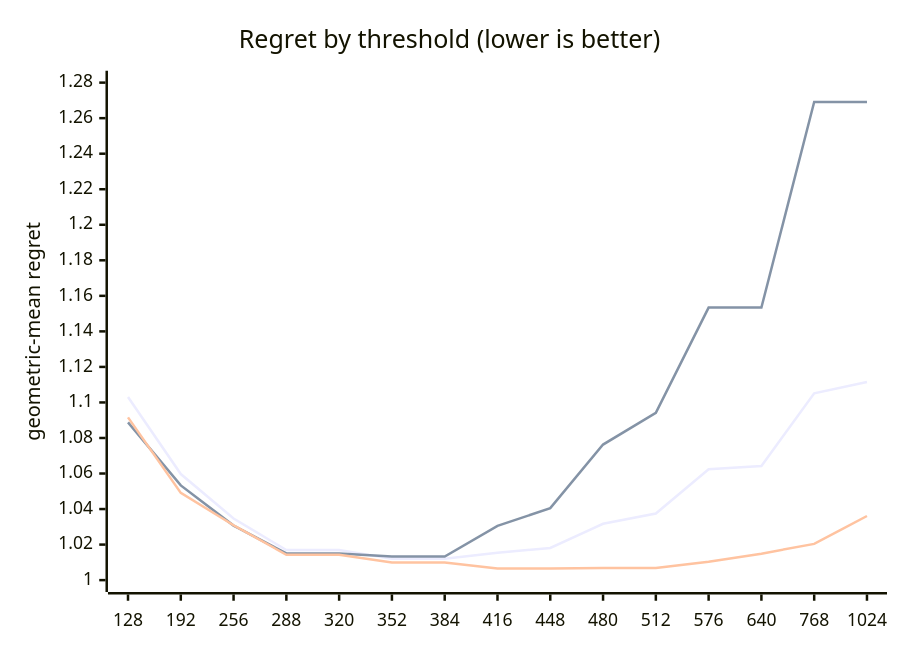
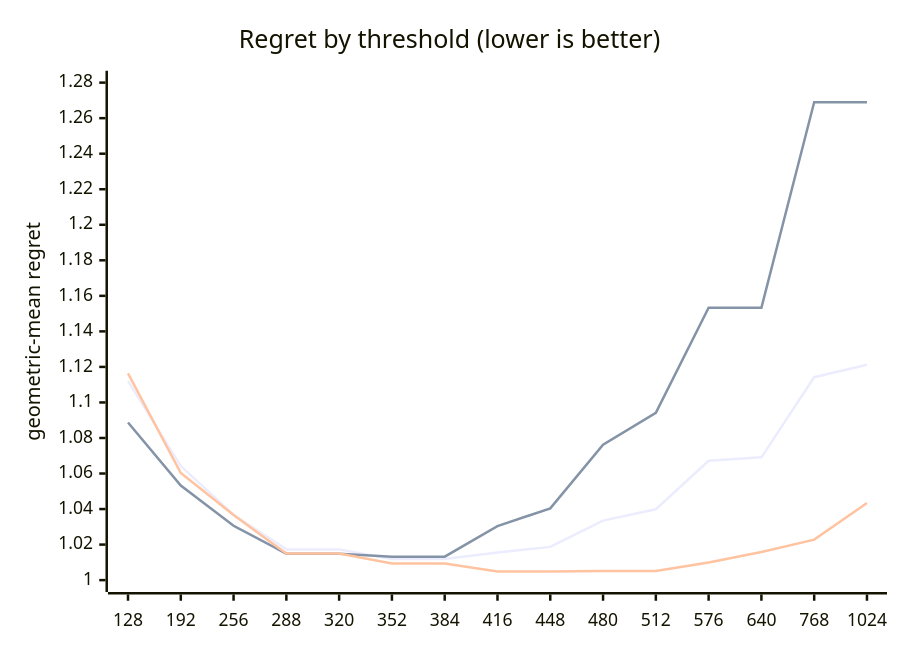
The diagram in docs/results/apple-m1-8gpu/combined/qr/report.md (c0rmac/metal-linalg), drawn with Mermaid before and after one commit. The commit also changed other lines of this file and 31 other files, not shown here.

````diff
--- a/docs/results/apple-m1-8gpu/combined/qr/report.md
+++ b/docs/results/apple-m1-8gpu/combined/qr/report.md
@@ -56,9 +60,9 @@
 ```mermaid
 xychart-beta
     title "Regret by threshold (lower is better)"
     x-axis [128, 192, 256, 288, 320, 352, 384, 416, 448, 480, 512, 576, 640, 768, 1024]
     y-axis "geometric-mean regret" 1.0 --> 1.28
-    line [1.1031, 1.0597, 1.0347, 1.0169, 1.0169, 1.0120, 1.0120, 1.0154, 1.0181, 1.0317, 1.0375, 1.0624, 1.0642, 1.1051, 1.1115]
-    line [1.0888, 1.0533, 1.0307, 1.0150, 1.0150, 1.0133, 1.0133, 1.0305, 1.0405, 1.0763, 1.0942, 1.1534, 1.1534, 1.2691, 1.2691]
-    line [1.0916, 1.0491, 1.0309, 1.0143, 1.0143, 1.0099, 1.0099, 1.0065, 1.0065, 1.0068, 1.0068, 1.0104, 1.0149, 1.0204, 1.0361]
+    line [1.1120, 1.0642, 1.0368, 1.0173, 1.0173, 1.0119, 1.0119, 1.0156, 1.0187, 1.0335, 1.0399, 1.0672, 1.0691, 1.1142, 1.1212]
+    line [1.0887, 1.0532, 1.0306, 1.0149, 1.0149, 1.0132, 1.0132, 1.0304, 1.0404, 1.0762, 1.0941, 1.1533, 1.1533, 1.2690, 1.2690]
+    line [1.1164, 1.0603, 1.0366, 1.0150, 1.0150, 1.0093, 1.0093, 1.0049, 1.0049, 1.0052, 1.0052, 1.0099, 1.0158, 1.0228, 1.0434]
 ```
````
